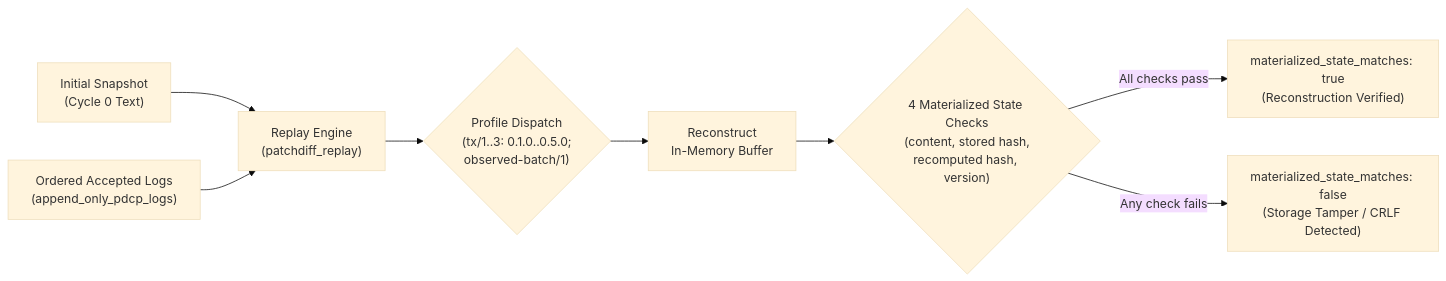
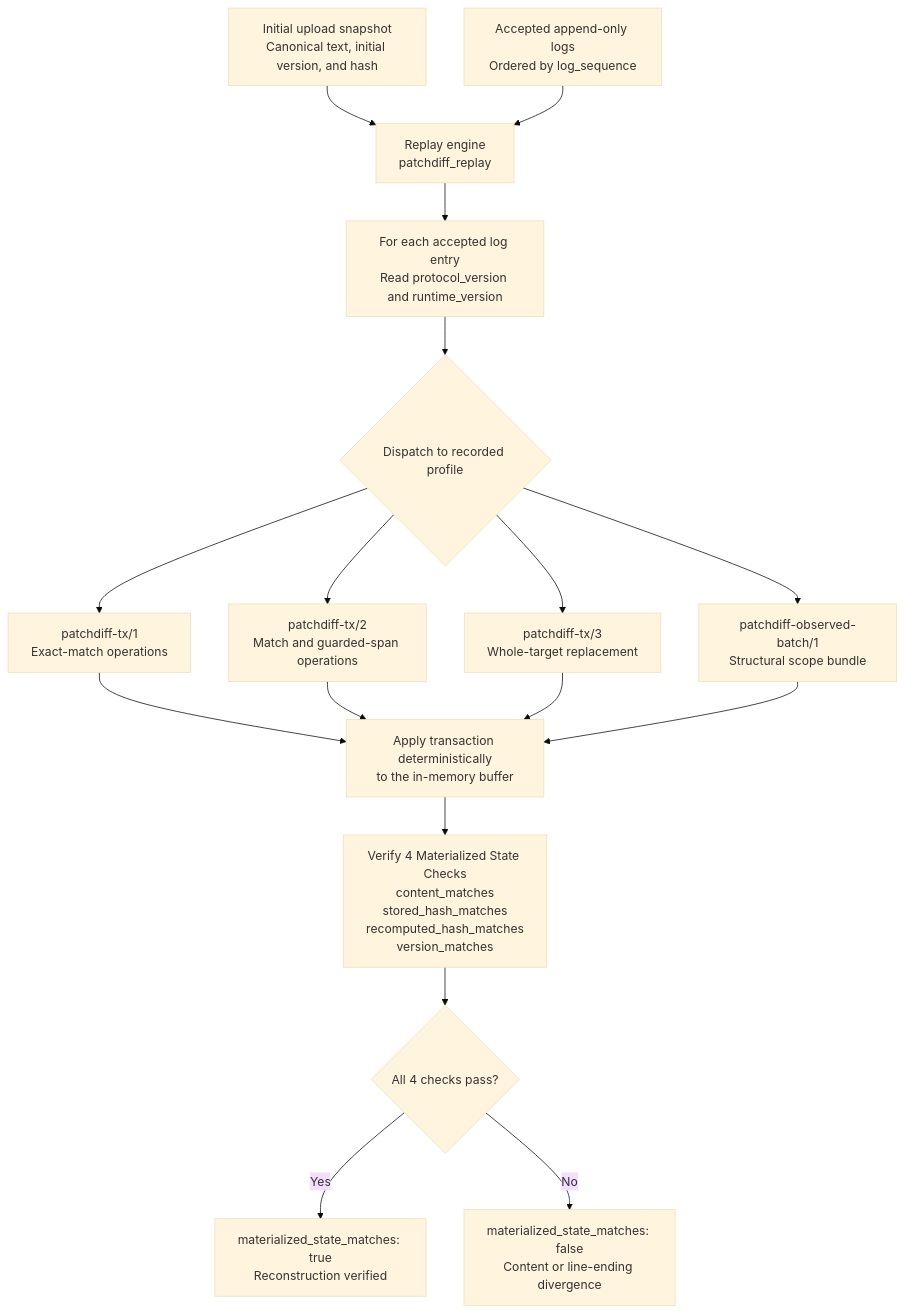
One commit to paragon-ux/Patch-DIFF changed the fourth of 4 diagrams in docs/architecture.md. Above: the diagram before and after it, drawn with Mermaid (base theme). The commit also changed other lines of this file and 2 other files, not shown here.

Commit message:
docs(formatting): integrate refined visual architecture diagrams and mathematical display blocks

````diff
--- a/docs/architecture.md
+++ b/docs/architecture.md
@@ -140,13 +137,23 @@
 ```mermaid
-flowchart LR
-    A["Initial Snapshot<br/>(Cycle 0 Text)"] --> B["Replay Engine<br/>(patchdiff_replay)"]
-    C["Ordered Accepted Logs<br/>(append_only_pdcp_logs)"] --> B
-    
-    B --> D{"Profile Dispatch<br/>(tx/1..3: 0.1.0..0.5.0;<br/>observed-batch/1)"}
-    
-    D --> E["Reconstruct<br/>In-Memory Buffer"]
-    
-    E --> F{"4 Materialized State Checks<br/>(content, stored hash,<br/>recomputed hash, version)"}
-    F -- "All checks pass" --> H["materialized_state_matches: true<br/>(Reconstruction Verified)"]
-    F -- "Any check fails" --> DIV["materialized_state_matches: false<br/>(Storage Tamper / CRLF Detected)"]
+flowchart TD
+    SNAP["Initial upload snapshot<br/>Canonical text, initial version, and hash"] --> REPLAY["Replay engine<br/>patchdiff_replay"]
+    LOGS["Accepted append-only logs<br/>Ordered by log_sequence"] --> REPLAY
+
+    REPLAY --> DISPATCH["For each accepted log entry<br/>Read protocol_version and runtime_version"]
+    DISPATCH --> PROFILE{"Dispatch to recorded profile"}
+
+    PROFILE --> TX1["patchdiff-tx/1<br/>Exact-match operations"]
+    PROFILE --> TX2["patchdiff-tx/2<br/>Match and guarded-span operations"]
+    PROFILE --> TX3["patchdiff-tx/3<br/>Whole-target replacement"]
+    PROFILE --> BATCH["patchdiff-observed-batch/1<br/>Structural scope bundle"]
+
+    TX1 --> APPLY["Apply transaction deterministically<br/>to the in-memory buffer"]
+    TX2 --> APPLY
+    TX3 --> APPLY
+    BATCH --> APPLY
+
+    APPLY --> VERIFY["Verify 4 Materialized State Checks<br/>content_matches<br/>stored_hash_matches<br/>recomputed_hash_matches<br/>version_matches"]
+    VERIFY --> RES{"All 4 checks pass?"}
+    RES -- Yes --> PASS["materialized_state_matches: true<br/>Reconstruction verified"]
+    RES -- No --> FAIL["materialized_state_matches: false<br/>Content or line-ending divergence"]
 ```
````
